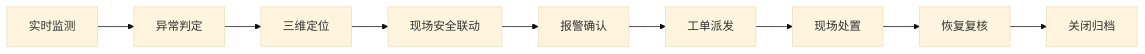
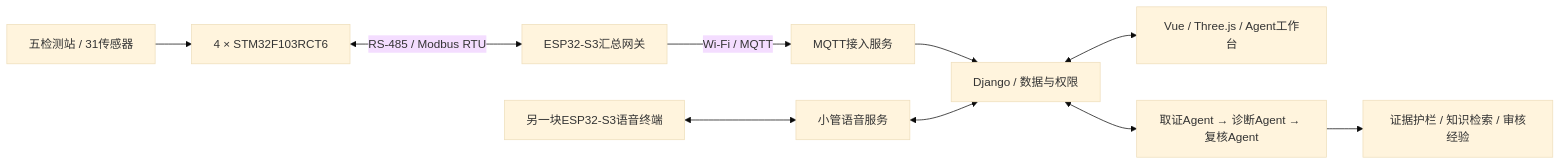
The diagram in README.md (x1ng-chen/utility-tunnel-digital-twin), drawn with Mermaid (base theme) before and after one commit. The commit also changed other lines of this file and 31 other files, not shown here.

````diff
--- a/README.md
+++ b/README.md
@@ -133,11 +29,12 @@
 ```mermaid
 flowchart LR
-    A[实时监测] --> B[异常判定]
-    B --> C[三维定位]
-    C --> D[现场安全联动]
-    D --> E[报警确认]
-    E --> F[工单派发]
-    F --> G[现场处置]
-    G --> H[恢复复核]
-    H --> I[关闭归档]
+  S[五检测站 / 31传感器] --> C[4 × STM32F103RCT6]
+  C <-->|RS-485 / Modbus RTU| G[ESP32-S3汇总网关]
+  G -->|Wi-Fi / MQTT| M[MQTT接入服务]
+  M --> D[Django / 数据与权限]
+  D <--> W[Vue / Three.js / Agent工作台]
+  D <--> A[取证Agent → 诊断Agent → 复核Agent]
+  A --> E[证据护栏 / 知识检索 / 审核经验]
+  V[另一块ESP32-S3语音终端] <--> VS[小管语音服务]
+  VS <--> D
 ```
````
